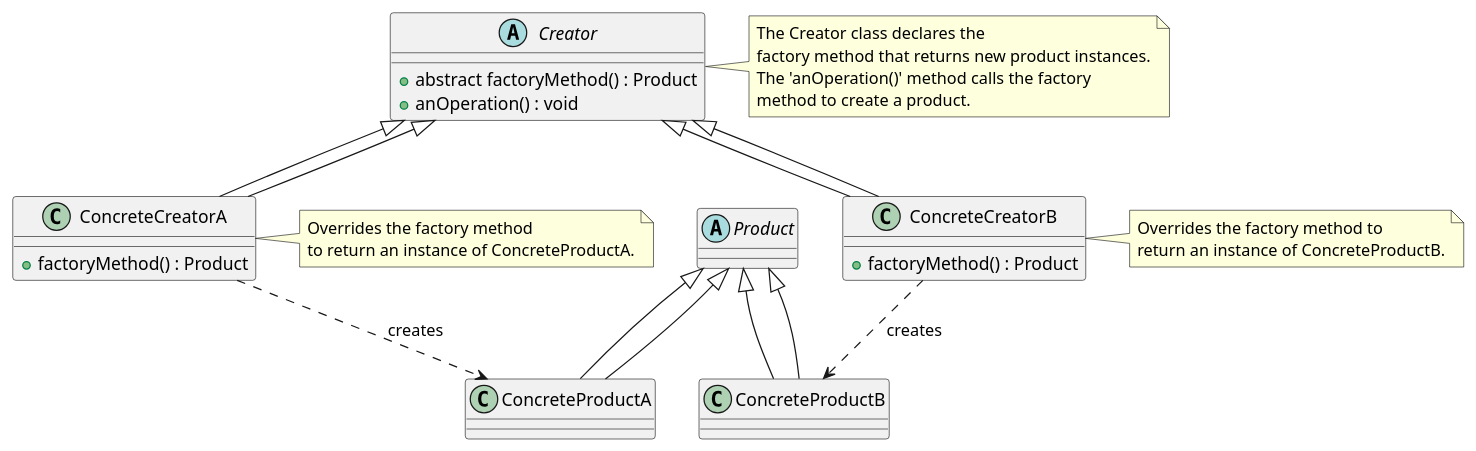
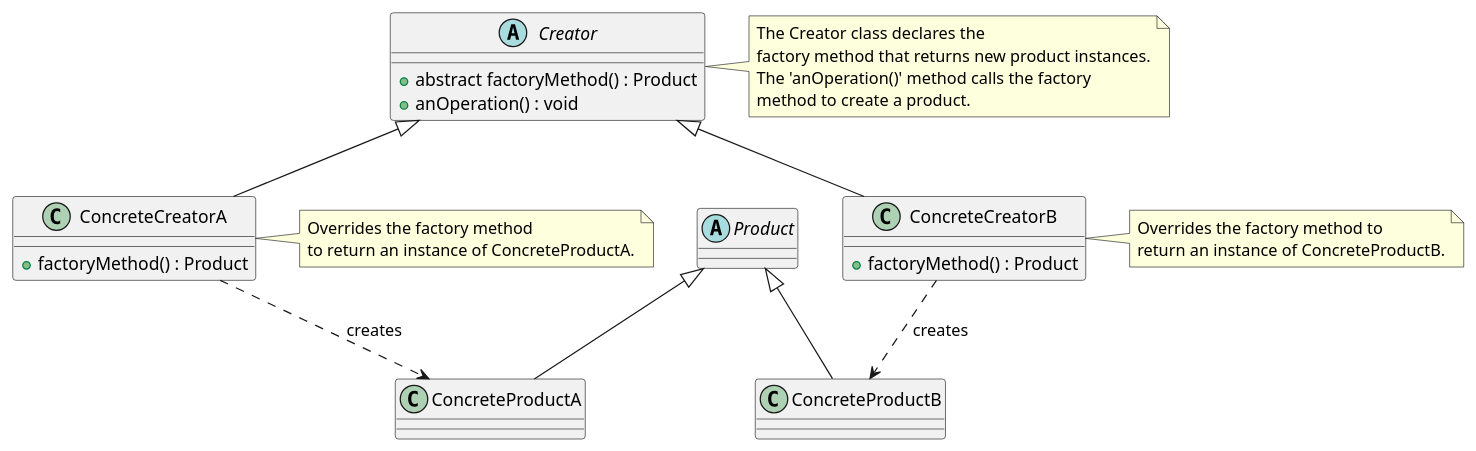
Before and after one commit to Gabriel-SoftwareAG/DesignPatterns: the diagram in Patterns/Manuscript/manuscript/plantUml/factory_method_class_diagram.plantuml, drawn with PlantUML. The commit also changed 24 other files, not shown here.

Commit message:
fix class diagrams

```diff
--- a/Patterns/Manuscript/manuscript/plantUml/factory_method_class_diagram.plantuml
+++ b/Patterns/Manuscript/manuscript/plantUml/factory_method_class_diagram.plantuml
@@ -1,53 +1,49 @@
 @startuml FactoryMethodPatternClassDiagram
 
 ' Abstract Product
 abstract class Product {
 }
 
 ' Concrete Products
 class ConcreteProductA extends Product {
 }
 
 class ConcreteProductB extends Product {
 }
 
 ' Creator Interface or Abstract Class
 abstract class Creator {
   +abstract factoryMethod() : Product
   +anOperation() : void
 }
 
 ' Concrete Creators
 class ConcreteCreatorA extends Creator {
   +factoryMethod() : Product
 }
 
 class ConcreteCreatorB extends Creator {
   +factoryMethod() : Product
 }
 
-Creator <|-- ConcreteCreatorA
-Creator <|-- ConcreteCreatorB
-Product <|-- ConcreteProductA
-Product <|-- ConcreteProductB
 ConcreteCreatorA ..> ConcreteProductA : creates
 ConcreteCreatorB ..> ConcreteProductB : creates
 
 note right of Creator
   The Creator class declares the 
   factory method that returns new product instances.
   The 'anOperation()' method calls the factory 
   method to create a product.
 end note
 
 note right of ConcreteCreatorA
   Overrides the factory method 
   to return an instance of ConcreteProductA.
 end note
 
 note right of ConcreteCreatorB
   Overrides the factory method to 
   return an instance of ConcreteProductB.
 end note
 
 @enduml
```
